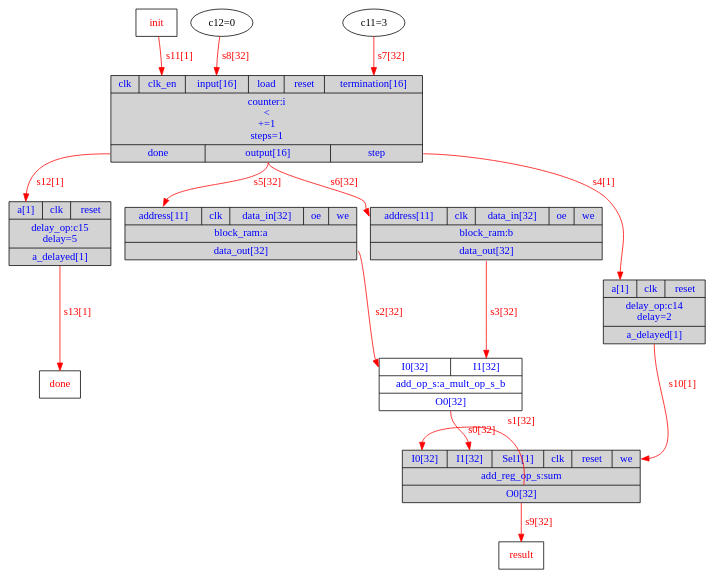
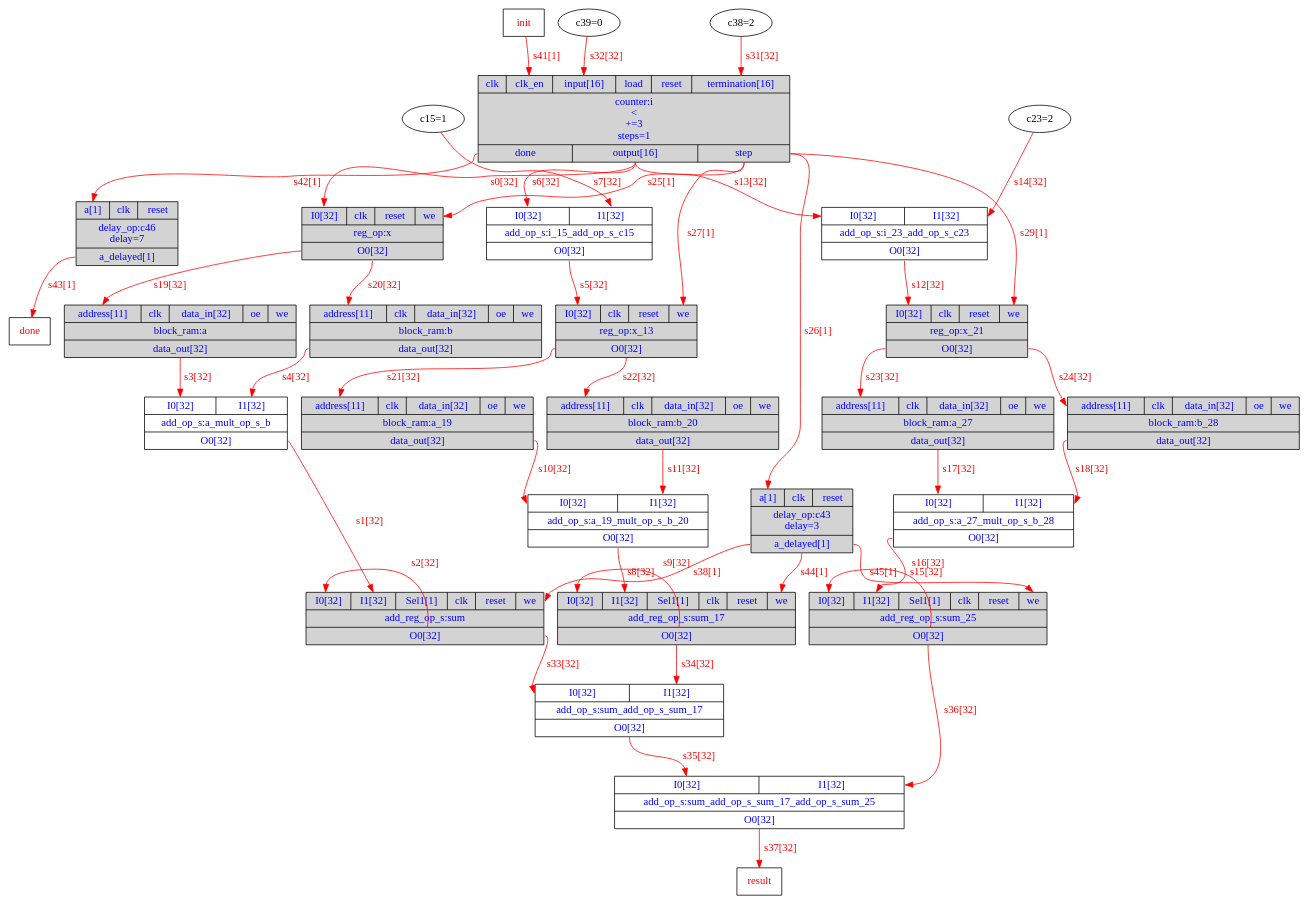
The diagram in Exemplos/dotprod/DOT/Exemplo_HW.dot (menotti/lalp), drawn with Graphviz before and after one commit. The commit also changed 31 other files, not shown here.

```diff
--- a/Exemplos/dotprod/DOT/Exemplo_HW.dot
+++ b/Exemplos/dotprod/DOT/Exemplo_HW.dot
@@ -1,25 +1,68 @@
 digraph diagram {
 // Components (Nodes) 
-"i" [shape=record, fontcolor=blue, style="filled", fillcolor="lightgray", label="{{<clk>clk|<clk_en>clk_en|<input>input[16]|<load>load|<reset>reset|<termination>termination[16]}|counter:i\n\<\n+=1\nsteps=1|{<done>done|<output>output[16]|<step>step}}"]; 
+"i" [shape=record, fontcolor=blue, style="filled", fillcolor="lightgray", label="{{<clk>clk|<clk_en>clk_en|<input>input[16]|<load>load|<reset>reset|<termination>termination[16]}|counter:i\n\<\n+=3\nsteps=1|{<done>done|<output>output[16]|<step>step}}"]; 
+"x" [shape=record, fontcolor=blue, style="filled", fillcolor="lightgray", label="{{<I0>I0[32]|<clk>clk|<reset>reset|<we>we}|reg_op:x|{<O0>O0[32]}}"]; 
 "sum" [shape=record, fontcolor=blue, style="filled", fillcolor="lightgray", label="{{<I0>I0[32]|<I1>I1[32]|<Sel1>Sel1[1]|<clk>clk|<reset>reset|<we>we}|add_reg_op_s:sum|{<O0>O0[32]}}"]; 
 "a_mult_op_s_b" [shape=record, fontcolor=blue, label="{{<I0>I0[32]|<I1>I1[32]}|add_op_s:a_mult_op_s_b|{<O0>O0[32]}}"]; 
 "a" [shape=record, fontcolor=blue, style="filled", fillcolor="lightgray", label="{{<address>address[11]|<clk>clk|<data_in>data_in[32]|<oe>oe|<we>we}|block_ram:a|{<data_out>data_out[32]}}"]; 
 "b" [shape=record, fontcolor=blue, style="filled", fillcolor="lightgray", label="{{<address>address[11]|<clk>clk|<data_in>data_in[32]|<oe>oe|<we>we}|block_ram:b|{<data_out>data_out[32]}}"]; 
-"init" [shape=msquare fontcolor=red label="init"]"done" [shape=msquare fontcolor=red label="done"]"c11" [fontcolor=b label="c11=3"]"c12" [fontcolor=b label="c12=0"]"result" [shape=msquare fontcolor=red label="result"]"c14" [shape=record, fontcolor=blue, style="filled", fillcolor="lightgray", label="{{<a>a[1]|<clk>clk|<reset>reset}|delay_op:c14\ndelay=2|{<a_delayed>a_delayed[1]}}"]; 
-"c15" [shape=record, fontcolor=blue, style="filled", fillcolor="lightgray", label="{{<a>a[1]|<clk>clk|<reset>reset}|delay_op:c15\ndelay=5|{<a_delayed>a_delayed[1]}}"]; 
+"x_13" [shape=record, fontcolor=blue, style="filled", fillcolor="lightgray", label="{{<I0>I0[32]|<clk>clk|<reset>reset|<we>we}|reg_op:x_13|{<O0>O0[32]}}"]; 
+"i_15_add_op_s_c15" [shape=record, fontcolor=blue, label="{{<I0>I0[32]|<I1>I1[32]}|add_op_s:i_15_add_op_s_c15|{<O0>O0[32]}}"]; 
+"c15" [fontcolor=b label="c15=1"]"sum_17" [shape=record, fontcolor=blue, style="filled", fillcolor="lightgray", label="{{<I0>I0[32]|<I1>I1[32]|<Sel1>Sel1[1]|<clk>clk|<reset>reset|<we>we}|add_reg_op_s:sum_17|{<O0>O0[32]}}"]; 
+"a_19_mult_op_s_b_20" [shape=record, fontcolor=blue, label="{{<I0>I0[32]|<I1>I1[32]}|add_op_s:a_19_mult_op_s_b_20|{<O0>O0[32]}}"]; 
+"a_19" [shape=record, fontcolor=blue, style="filled", fillcolor="lightgray", label="{{<address>address[11]|<clk>clk|<data_in>data_in[32]|<oe>oe|<we>we}|block_ram:a_19|{<data_out>data_out[32]}}"]; 
+"b_20" [shape=record, fontcolor=blue, style="filled", fillcolor="lightgray", label="{{<address>address[11]|<clk>clk|<data_in>data_in[32]|<oe>oe|<we>we}|block_ram:b_20|{<data_out>data_out[32]}}"]; 
+"x_21" [shape=record, fontcolor=blue, style="filled", fillcolor="lightgray", label="{{<I0>I0[32]|<clk>clk|<reset>reset|<we>we}|reg_op:x_21|{<O0>O0[32]}}"]; 
+"i_23_add_op_s_c23" [shape=record, fontcolor=blue, label="{{<I0>I0[32]|<I1>I1[32]}|add_op_s:i_23_add_op_s_c23|{<O0>O0[32]}}"]; 
+"c23" [fontcolor=b label="c23=2"]"sum_25" [shape=record, fontcolor=blue, style="filled", fillcolor="lightgray", label="{{<I0>I0[32]|<I1>I1[32]|<Sel1>Sel1[1]|<clk>clk|<reset>reset|<we>we}|add_reg_op_s:sum_25|{<O0>O0[32]}}"]; 
+"a_27_mult_op_s_b_28" [shape=record, fontcolor=blue, label="{{<I0>I0[32]|<I1>I1[32]}|add_op_s:a_27_mult_op_s_b_28|{<O0>O0[32]}}"]; 
+"a_27" [shape=record, fontcolor=blue, style="filled", fillcolor="lightgray", label="{{<address>address[11]|<clk>clk|<data_in>data_in[32]|<oe>oe|<we>we}|block_ram:a_27|{<data_out>data_out[32]}}"]; 
+"b_28" [shape=record, fontcolor=blue, style="filled", fillcolor="lightgray", label="{{<address>address[11]|<clk>clk|<data_in>data_in[32]|<oe>oe|<we>we}|block_ram:b_28|{<data_out>data_out[32]}}"]; 
+"init" [shape=msquare fontcolor=red label="init"]"done" [shape=msquare fontcolor=red label="done"]"c38" [fontcolor=b label="c38=2"]"c39" [fontcolor=b label="c39=0"]"sum_add_op_s_sum_17" [shape=record, fontcolor=blue, label="{{<I0>I0[32]|<I1>I1[32]}|add_op_s:sum_add_op_s_sum_17|{<O0>O0[32]}}"]; 
+"sum_add_op_s_sum_17_add_op_s_sum_25" [shape=record, fontcolor=blue, label="{{<I0>I0[32]|<I1>I1[32]}|add_op_s:sum_add_op_s_sum_17_add_op_s_sum_25|{<O0>O0[32]}}"]; 
+"result" [shape=msquare fontcolor=red label="result"]"c43" [shape=record, fontcolor=blue, style="filled", fillcolor="lightgray", label="{{<a>a[1]|<clk>clk|<reset>reset}|delay_op:c43\ndelay=3|{<a_delayed>a_delayed[1]}}"]; 
+"c46" [shape=record, fontcolor=blue, style="filled", fillcolor="lightgray", label="{{<a>a[1]|<clk>clk|<reset>reset}|delay_op:c46\ndelay=7|{<a_delayed>a_delayed[1]}}"]; 
 // Signals (Edges) 
-"a_mult_op_s_b":O0 -> "sum":I1[label="s0[32]" color=red fontcolor=red]; 
-"sum":O0 -> "sum":I0[label="s1[32]" color=red fontcolor=red]; 
-"a":data_out -> "a_mult_op_s_b":I0[label="s2[32]" color=red fontcolor=red]; 
-"b":data_out -> "a_mult_op_s_b":I1[label="s3[32]" color=red fontcolor=red]; 
-"i":step -> "c14":a[label="s4[1]" color=red fontcolor=red]; 
-"i":output -> "a":address[label="s5[32]" color=red fontcolor=red]; 
-"i":output -> "b":address[label="s6[32]" color=red fontcolor=red]; 
-"c11":out -> "i":termination[label="s7[32]" color=red fontcolor=red]; 
-"c12":out -> "i":input[label="s8[32]" color=red fontcolor=red]; 
-"sum":O0 -> "result":in[label="s9[32]" color=red fontcolor=red]; 
-"c14":a_delayed -> "sum":we[label="s10[1]" color=red fontcolor=red]; 
-"init":out -> "i":clk_en[label="s11[1]" color=red fontcolor=red]; 
-"i":done -> "c15":a[label="s12[1]" color=red fontcolor=red]; 
-"c15":a_delayed -> "done":in[label="s13[1]" color=red fontcolor=red]; 
+"i":output -> "x":I0[label="s0[32]" color=red fontcolor=red]; 
+"a_mult_op_s_b":O0 -> "sum":I1[label="s1[32]" color=red fontcolor=red]; 
+"sum":O0 -> "sum":I0[label="s2[32]" color=red fontcolor=red]; 
+"a":data_out -> "a_mult_op_s_b":I0[label="s3[32]" color=red fontcolor=red]; 
+"b":data_out -> "a_mult_op_s_b":I1[label="s4[32]" color=red fontcolor=red]; 
+"i_15_add_op_s_c15":O0 -> "x_13":I0[label="s5[32]" color=red fontcolor=red]; 
+"i":output -> "i_15_add_op_s_c15":I0[label="s6[32]" color=red fontcolor=red]; 
+"c15":out -> "i_15_add_op_s_c15":I1[label="s7[32]" color=red fontcolor=red]; 
+"a_19_mult_op_s_b_20":O0 -> "sum_17":I1[label="s8[32]" color=red fontcolor=red]; 
+"sum_17":O0 -> "sum_17":I0[label="s9[32]" color=red fontcolor=red]; 
+"a_19":data_out -> "a_19_mult_op_s_b_20":I0[label="s10[32]" color=red fontcolor=red]; 
+"b_20":data_out -> "a_19_mult_op_s_b_20":I1[label="s11[32]" color=red fontcolor=red]; 
+"i_23_add_op_s_c23":O0 -> "x_21":I0[label="s12[32]" color=red fontcolor=red]; 
+"i":output -> "i_23_add_op_s_c23":I0[label="s13[32]" color=red fontcolor=red]; 
+"c23":out -> "i_23_add_op_s_c23":I1[label="s14[32]" color=red fontcolor=red]; 
+"a_27_mult_op_s_b_28":O0 -> "sum_25":I1[label="s15[32]" color=red fontcolor=red]; 
+"sum_25":O0 -> "sum_25":I0[label="s16[32]" color=red fontcolor=red]; 
+"a_27":data_out -> "a_27_mult_op_s_b_28":I0[label="s17[32]" color=red fontcolor=red]; 
+"b_28":data_out -> "a_27_mult_op_s_b_28":I1[label="s18[32]" color=red fontcolor=red]; 
+"x":O0 -> "a":address[label="s19[32]" color=red fontcolor=red]; 
+"x":O0 -> "b":address[label="s20[32]" color=red fontcolor=red]; 
+"x_13":O0 -> "a_19":address[label="s21[32]" color=red fontcolor=red]; 
+"x_13":O0 -> "b_20":address[label="s22[32]" color=red fontcolor=red]; 
+"x_21":O0 -> "a_27":address[label="s23[32]" color=red fontcolor=red]; 
+"x_21":O0 -> "b_28":address[label="s24[32]" color=red fontcolor=red]; 
+"i":step -> "x":we[label="s25[1]" color=red fontcolor=red]; 
+"i":step -> "c43":a[label="s26[1]" color=red fontcolor=red]; 
+"i":step -> "x_13":we[label="s27[1]" color=red fontcolor=red]; 
+"i":step -> "x_21":we[label="s29[1]" color=red fontcolor=red]; 
+"c38":out -> "i":termination[label="s31[32]" color=red fontcolor=red]; 
+"c39":out -> "i":input[label="s32[32]" color=red fontcolor=red]; 
+"sum":O0 -> "sum_add_op_s_sum_17":I0[label="s33[32]" color=red fontcolor=red]; 
+"sum_17":O0 -> "sum_add_op_s_sum_17":I1[label="s34[32]" color=red fontcolor=red]; 
+"sum_add_op_s_sum_17":O0 -> "sum_add_op_s_sum_17_add_op_s_sum_25":I0[label="s35[32]" color=red fontcolor=red]; 
+"sum_25":O0 -> "sum_add_op_s_sum_17_add_op_s_sum_25":I1[label="s36[32]" color=red fontcolor=red]; 
+"sum_add_op_s_sum_17_add_op_s_sum_25":O0 -> "result":in[label="s37[32]" color=red fontcolor=red]; 
+"c43":a_delayed -> "sum":we[label="s38[1]" color=red fontcolor=red]; 
+"init":out -> "i":clk_en[label="s41[1]" color=red fontcolor=red]; 
+"i":done -> "c46":a[label="s42[1]" color=red fontcolor=red]; 
+"c46":a_delayed -> "done":in[label="s43[1]" color=red fontcolor=red]; 
+"c43":a_delayed -> "sum_17":we[label="s44[1]" color=red fontcolor=red]; 
+"c43":a_delayed -> "sum_25":we[label="s45[1]" color=red fontcolor=red]; 
 }
```
